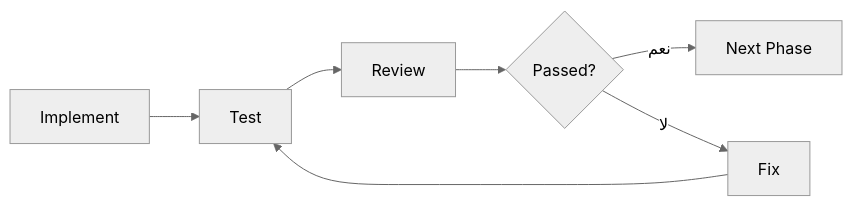
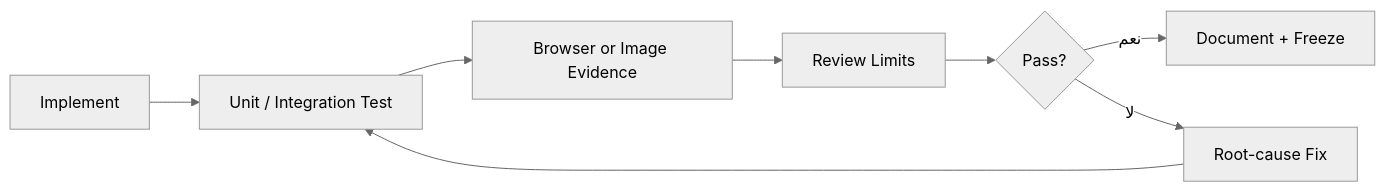
The fourth of 4 diagrams in docs/roadmap.md (Alhareith/manuscript-doctor), drawn with Mermaid (neutral theme) before and after one commit. The commit also changed other lines of this file and 168 other files, not shown here.

````diff
--- a/docs/roadmap.md
+++ b/docs/roadmap.md
@@ -408,9 +157,10 @@
 ```mermaid
 flowchart LR
-    A["Implement"] --> B["Test"]
-    B --> C["Review"]
-    C --> D{"Passed?"}
-    D -->|نعم| E["Next Phase"]
-    D -->|لا| F["Fix"]
-    F --> B
+    A["Implement"] --> B["Unit / Integration Test"]
+    B --> C["Browser or Image Evidence"]
+    C --> D["Review Limits"]
+    D --> E{"Pass?"}
+    E -->|"نعم"| F["Document + Freeze"]
+    E -->|"لا"| G["Root-cause Fix"]
+    G --> B
 ```
````
